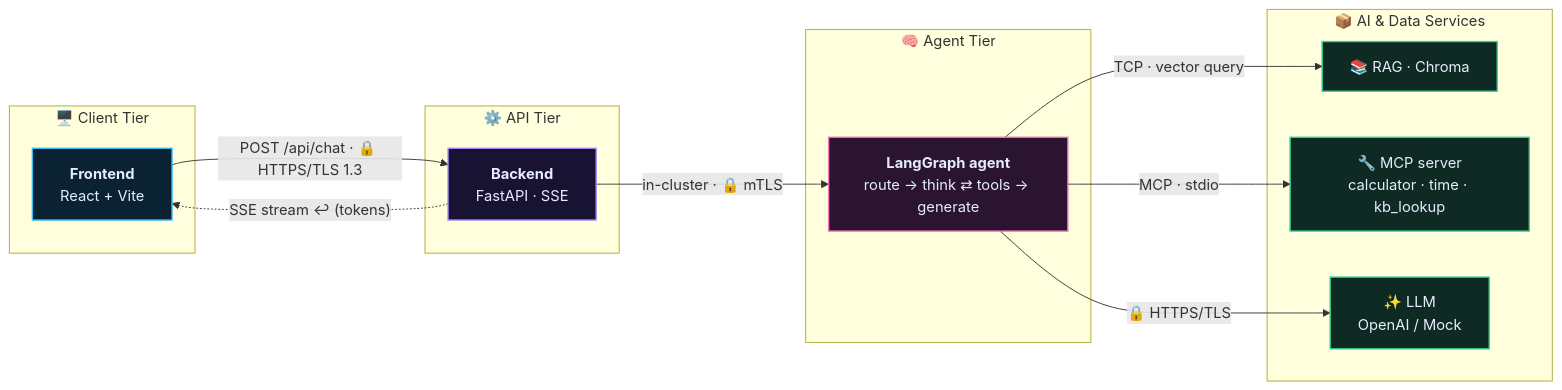
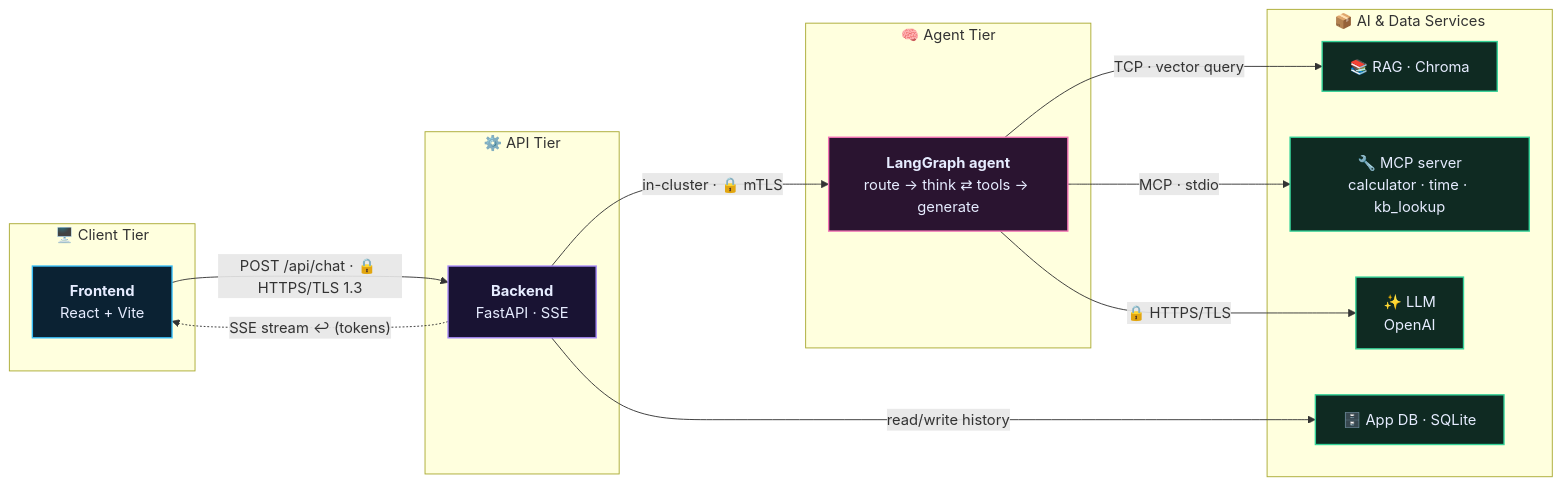
One commit to marconildo/AgentSimulator changed the diagram in README.md. Above: the diagram before and after it, drawn with Mermaid. The commit also changed other lines of this file and 29 other files, not shown here.

Commit message:
feat: implement internationalization with PT-BR documentation and expand simulator architecture specs

````diff
--- a/README.md
+++ b/README.md
@@ -73,33 +271,35 @@
 ```mermaid
 flowchart LR
     subgraph CLIENT["🖥️ Client Tier"]
         FE["<b>Frontend</b><br/>React + Vite"]
     end
     subgraph APIT["⚙️ API Tier"]
         BE["<b>Backend</b><br/>FastAPI · SSE"]
     end
     subgraph AGENTT["🧠 Agent Tier"]
         AG["<b>LangGraph agent</b><br/>route → think ⇄ tools → generate"]
     end
     subgraph SVC["📦 AI &amp; Data Services"]
         RAG["📚 RAG · Chroma"]
+        DB["🗄️ App DB · SQLite"]
         MCP["🔧 MCP server<br/>calculator · time · kb_lookup"]
-        LLM["✨ LLM<br/>OpenAI / Mock"]
+        LLM["✨ LLM<br/>OpenAI"]
     end
 
     FE -- "POST /api/chat · 🔒 HTTPS/TLS 1.3" --> BE
     BE -. "SSE stream ↩ (tokens)" .-> FE
     BE -- "in-cluster · 🔒 mTLS" --> AG
+    BE -- "read/write history" --> DB
     AG -- "TCP · vector query" --> RAG
     AG -- "MCP · stdio" --> MCP
     AG -- "🔒 HTTPS/TLS" --> LLM
 
     classDef client fill:#0b2233,stroke:#38bdf8,stroke-width:1.5px,color:#e6ecff;
     classDef api fill:#191333,stroke:#a78bfa,stroke-width:1.5px,color:#e6ecff;
     classDef agent fill:#2a1430,stroke:#f472b6,stroke-width:1.5px,color:#e6ecff;
     classDef svc fill:#0f2a22,stroke:#34d399,stroke-width:1.5px,color:#e6ecff;
     class FE client;
     class BE api;
     class AG agent;
-    class RAG,MCP,LLM svc;
+    class RAG,DB,MCP,LLM svc;
 ```
````
